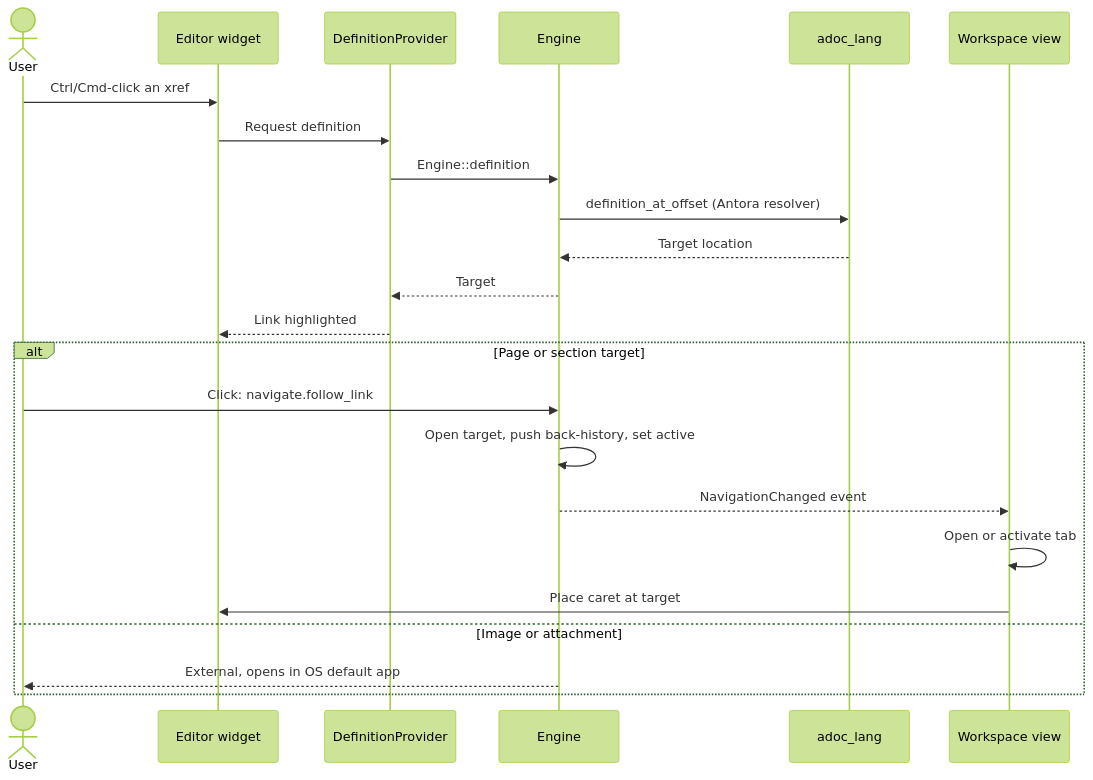
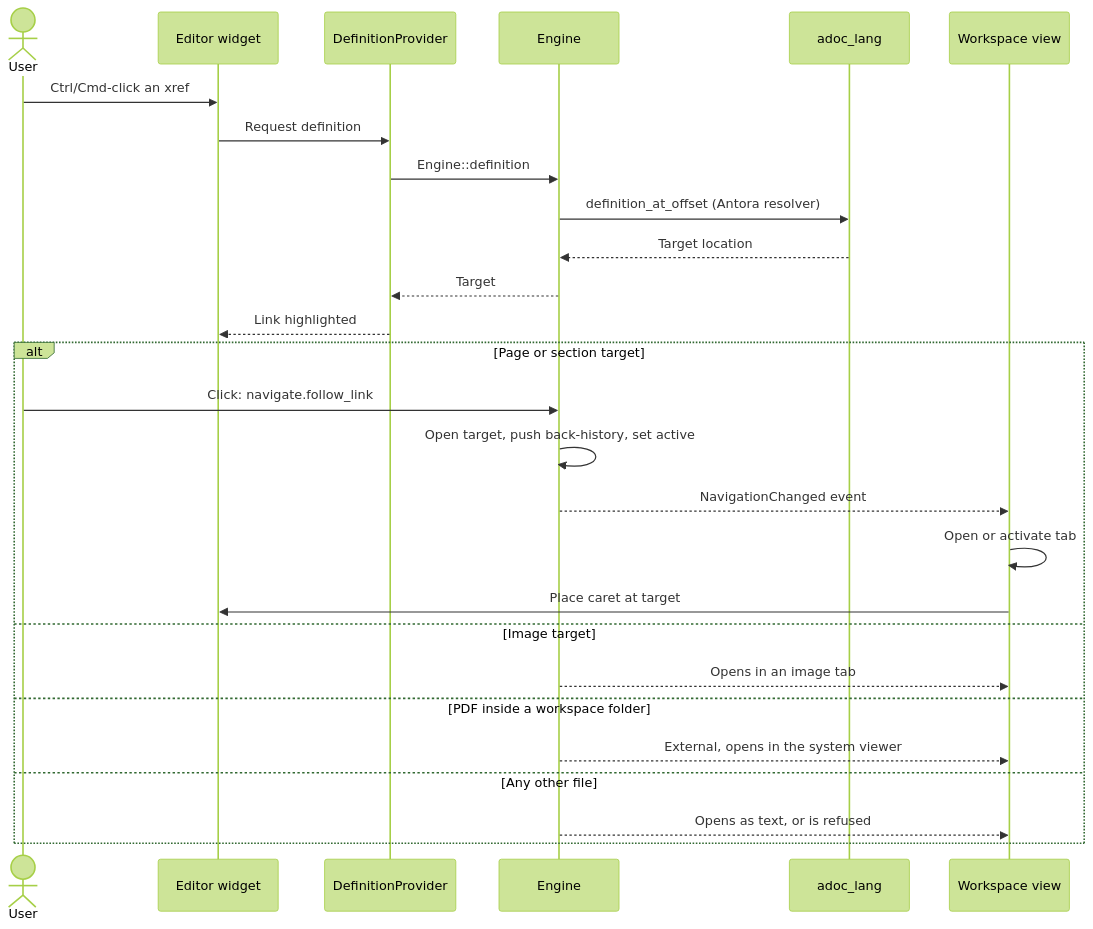
Before and after one commit to bovinemagnet/AdocFoundry: the diagram in src/docs/modules/ROOT/examples/link-following.mmd, drawn with Mermaid (forest theme). The commit also changed 13 other files, not shown here.

```diff
--- a/src/docs/modules/ROOT/examples/link-following.mmd
+++ b/src/docs/modules/ROOT/examples/link-following.mmd
@@ -1,23 +1,27 @@
 sequenceDiagram
     actor User
     participant Editor as Editor widget
     participant DP as DefinitionProvider
     participant Eng as Engine
     participant Lang as adoc_lang
     participant WV as Workspace view
     User->>Editor: Ctrl/Cmd-click an xref
     Editor->>DP: Request definition
     DP->>Eng: Engine::definition
     Eng->>Lang: definition_at_offset (Antora resolver)
     Lang-->>Eng: Target location
     Eng-->>DP: Target
     DP-->>Editor: Link highlighted
     alt Page or section target
         User->>Eng: Click: navigate.follow_link
         Eng->>Eng: Open target, push back-history, set active
         Eng-->>WV: NavigationChanged event
         WV->>WV: Open or activate tab
         WV->>Editor: Place caret at target
-    else Image or attachment
-        Eng-->>User: External, opens in OS default app
+    else Image target
+        Eng-->>WV: Opens in an image tab
+    else PDF inside a workspace folder
+        Eng-->>WV: External, opens in the system viewer
+    else Any other file
+        Eng-->>WV: Opens as text, or is refused
     end
```
